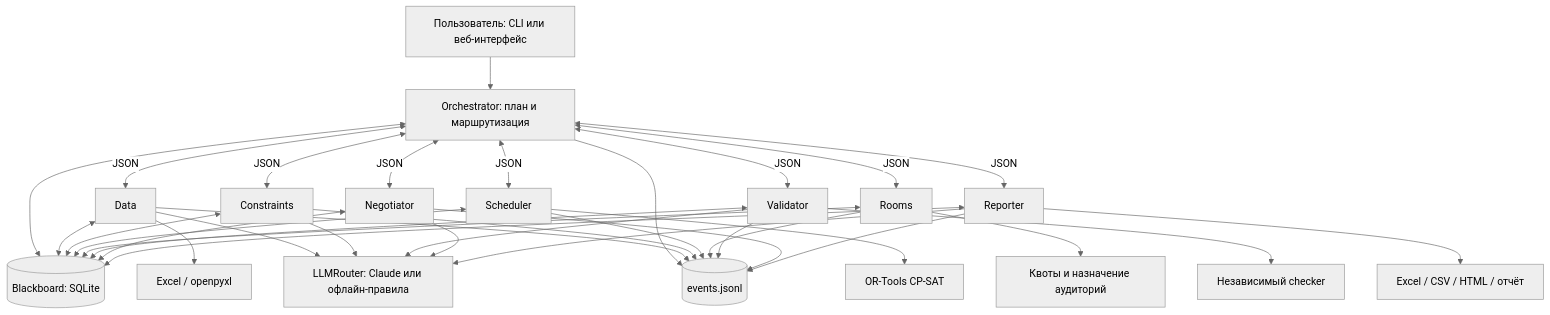
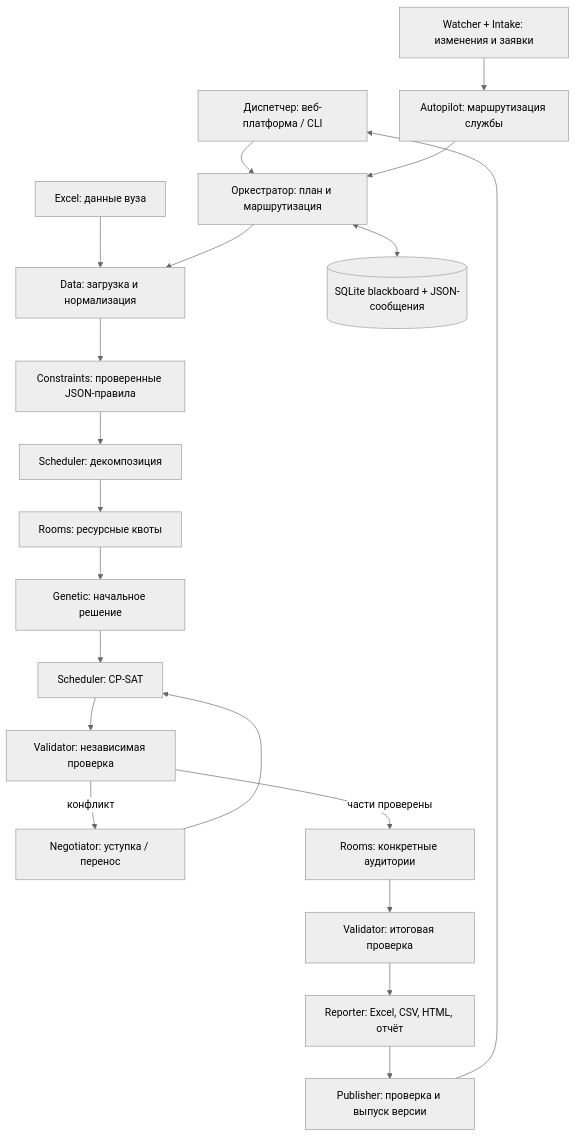
Before and after one commit to Almasmm/multi-agent-timetable: the diagram in README.md, drawn with Mermaid (neutral theme). The commit also changed other lines of this file and 76 other files, not shown here.

````diff
--- a/README.md
+++ b/README.md
@@ -125,20 +160,21 @@
 ```mermaid
-flowchart TB
-    U[Пользователь: CLI или веб-интерфейс] --> O[Orchestrator: план и маршрутизация]
-    O <-->|JSON| D[Data]
-    O <-->|JSON| C[Constraints]
-    O <-->|JSON| S[Scheduler]
-    O <-->|JSON| R[Rooms]
-    O <-->|JSON| V[Validator]
-    O <-->|JSON| N[Negotiator]
-    O <-->|JSON| P[Reporter]
-    O <--> B[(Blackboard: SQLite)]
-    D & C & S & R & V & N & P <--> B
-    D --> X[Excel / openpyxl]
-    S --> CP[OR-Tools CP-SAT]
-    V --> CH[Независимый checker]
-    R --> RC[Квоты и назначение аудиторий]
-    D & C & V & N & P --> L[LLMRouter: Claude или офлайн-правила]
-    P --> F[Excel / CSV / HTML / отчёт]
-    O & D & C & S & R & V & N & P --> LOG[(events.jsonl)]
+flowchart TD
+    UI["Диспетчер: веб-платформа / CLI"] --> O["Оркестратор: план и маршрутизация"]
+    XLS["Excel: данные вуза"] --> D["Data: загрузка и нормализация"]
+    O --> D --> C["Constraints: проверенные JSON-правила"]
+    C --> S["Scheduler: декомпозиция"]
+    S --> R["Rooms: ресурсные квоты"]
+    R --> G["Genetic: начальное решение"]
+    G --> CP["Scheduler: CP-SAT"]
+    CP --> V["Validator: независимая проверка"]
+    V -->|конфликт| N["Negotiator: уступка / перенос"]
+    N --> CP
+    V -->|части проверены| A["Rooms: конкретные аудитории"]
+    A --> F["Validator: итоговая проверка"]
+    F --> E["Reporter: Excel, CSV, HTML, отчёт"]
+    O <--> B[("SQLite blackboard + JSON-сообщения")]
+    E --> P["Publisher: проверка и выпуск версии"]
+    P --> UI
+    W["Watcher + Intake: изменения и заявки"] --> AP["Autopilot: маршрутизация службы"]
+    AP --> O
 ```
````
